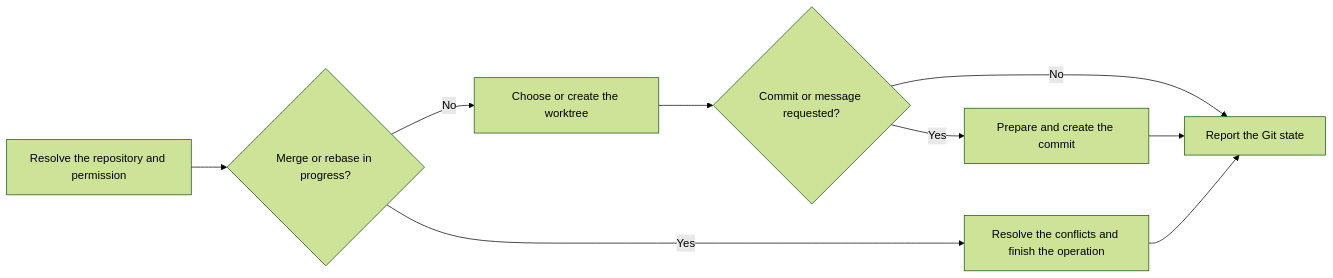
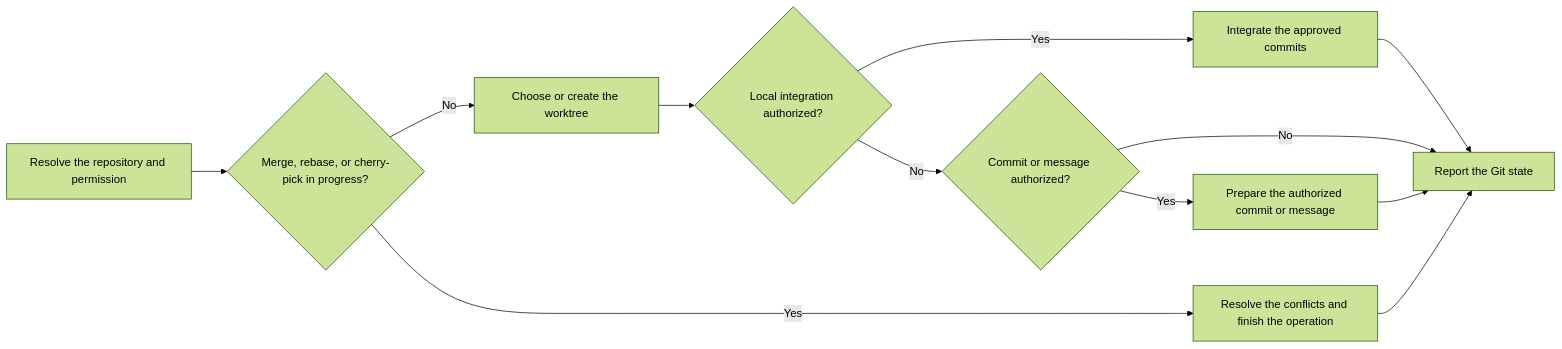
The diagram in plugin/skills/engineering/ptlam-git/SKILL.md (fam-tung-lam/ptlam-agent-plugin), drawn with Mermaid (forest theme) before and after one commit. The commit also changed other lines of this file and 18 other files, not shown here.

````diff
--- a/plugin/skills/engineering/ptlam-git/SKILL.md
+++ b/plugin/skills/engineering/ptlam-git/SKILL.md
@@ -16,11 +19,14 @@
 ```mermaid
 flowchart LR
-    ResolveRepository["Resolve the repository and permission"] --> InProgressConflict{"Merge or rebase in progress?"}
+    ResolveRepository["Resolve the repository and permission"] --> InProgressConflict{"Merge, rebase, or cherry-pick in progress?"}
     InProgressConflict -->|"Yes"| ResolveConflicts["Resolve the conflicts and finish the operation"]
     InProgressConflict -->|"No"| ChooseWorktree["Choose or create the worktree"]
-    ChooseWorktree --> CommitRequested{"Commit or message requested?"}
-    CommitRequested -->|"Yes"| PrepareCommit["Prepare and create the commit"]
-    CommitRequested -->|"No"| ReportState["Report the Git state"]
+    ChooseWorktree --> IntegrationAllowed{"Local integration authorized?"}
+    IntegrationAllowed -->|"Yes"| IntegrateCommits["Integrate the approved commits"]
+    IntegrateCommits --> ReportState["Report the Git state"]
+    IntegrationAllowed -->|"No"| CommitRequested{"Commit or message authorized?"}
+    CommitRequested -->|"Yes"| PrepareCommit["Prepare the authorized commit or message"]
+    CommitRequested -->|"No"| ReportState
     PrepareCommit --> ReportState
     ResolveConflicts --> ReportState
 ```
````
